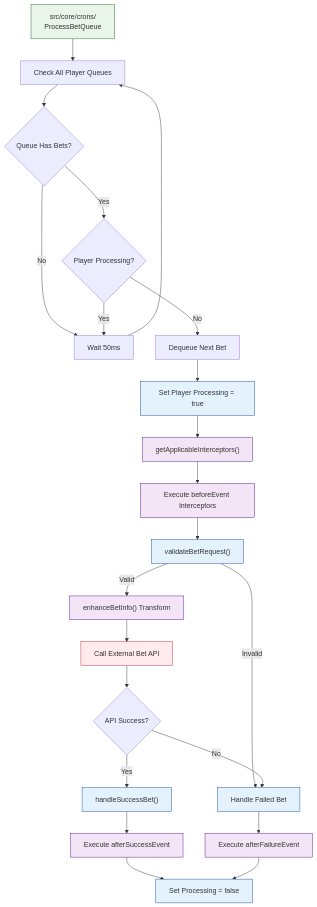
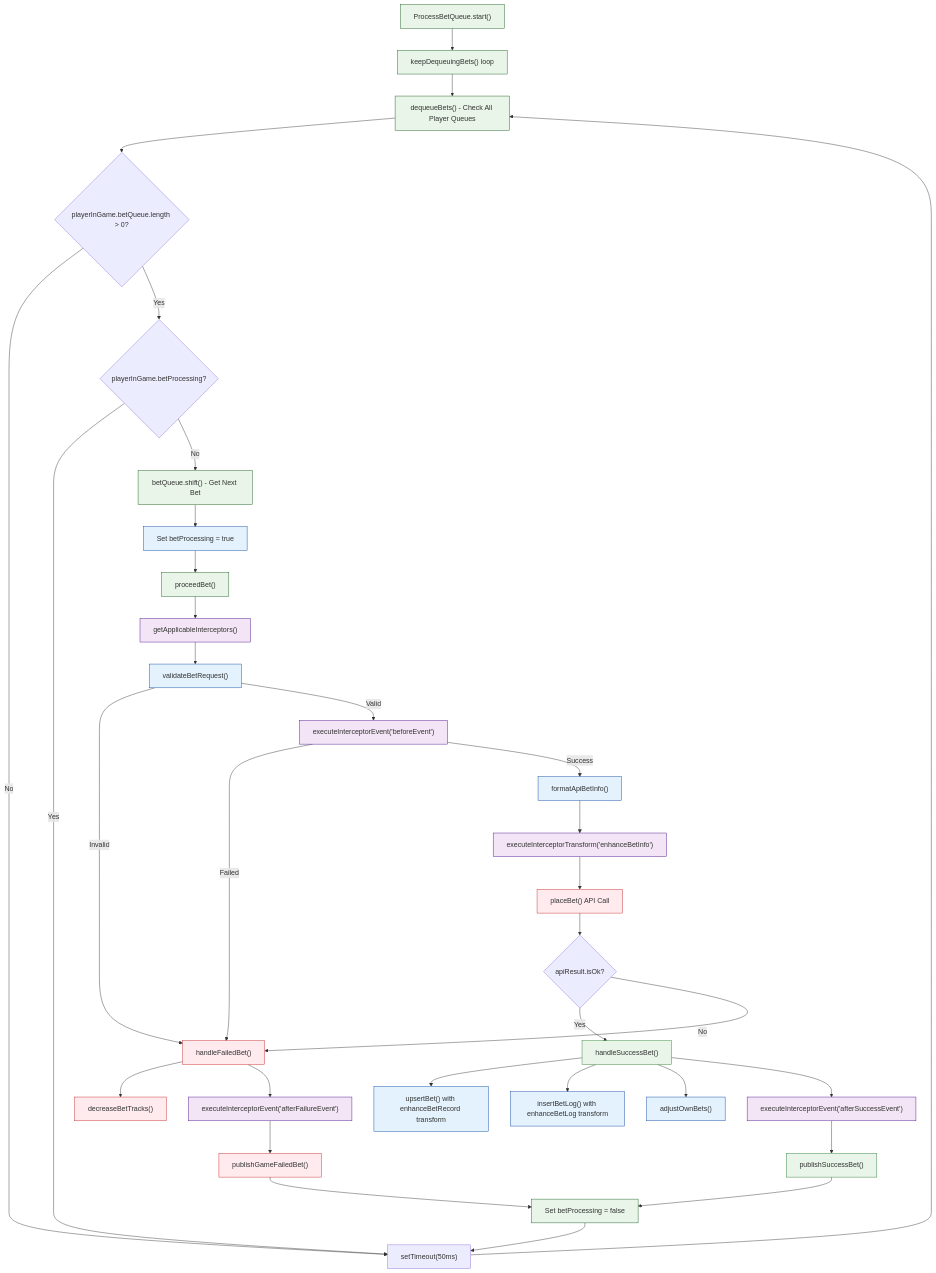
One commit to starixvn/l1_sc-packages_sc-game-base changed the fifth of 7 diagrams in diagrams/place-bet-flow-diagram.md. Above: the diagram before and after it, drawn with Mermaid. The commit also changed other lines of this file and 2 other files, not shown here.

````diff
--- a/diagrams/place-bet-flow-diagram.md
+++ b/diagrams/place-bet-flow-diagram.md
@@ -172,39 +218,57 @@
 ```mermaid
 flowchart TD
-    QueueProcessor["src/core/crons/<br/>ProcessBetQueue"] --> CheckQueues["Check All Player Queues"]
-    CheckQueues --> HasBets{"Queue Has Bets?"}
-    HasBets -->|"No"| WaitLoop["Wait 50ms"]
+    QueueProcessor["ProcessBetQueue.start()"] --> StartLoop["keepDequeuingBets() loop"]
+    StartLoop --> CheckQueues["dequeueBets() - Check All Player Queues"]
+    CheckQueues --> HasBets{"playerInGame.betQueue.length > 0?"}
+    HasBets -->|"No"| WaitLoop["setTimeout(50ms)"]
     WaitLoop --> CheckQueues
 
-    HasBets -->|"Yes"| CheckProcessing{"Player Processing?"}
+    HasBets -->|"Yes"| CheckProcessing{"playerInGame.betProcessing?"}
     CheckProcessing -->|"Yes"| WaitLoop
-    CheckProcessing -->|"No"| DequeueBet["Dequeue Next Bet"]
+    CheckProcessing -->|"No"| DequeueBet["betQueue.shift() - Get Next Bet"]
 
-    DequeueBet --> SetProcessing["Set Player Processing = true"]
-    SetProcessing --> GetInterceptors["getApplicableInterceptors()"]
-    GetInterceptors --> BeforeEvent["Execute beforeEvent Interceptors"]
-    BeforeEvent --> ValidateBet["validateBetRequest()"]
+    DequeueBet --> SetProcessing["Set betProcessing = true"]
+    SetProcessing --> ProceedBet["proceedBet()"]
+    ProceedBet --> GetInterceptors["getApplicableInterceptors()"]
+    GetInterceptors --> ValidateBet["validateBetRequest()"]
 
-    ValidateBet -->|"Invalid"| FailureFlow["Handle Failed Bet"]
-    ValidateBet -->|"Valid"| EnhanceBetInfo["enhanceBetInfo() Transform"]
-    EnhanceBetInfo --> APICall["Call External Bet API"]
+    ValidateBet -->|"Invalid"| FailureFlow["handleFailedBet()"]
+    ValidateBet -->|"Valid"| ExecuteBeforeEvent["executeInterceptorEvent('beforeEvent')"]
+    ExecuteBeforeEvent -->|"Failed"| FailureFlow
+    ExecuteBeforeEvent -->|"Success"| FormatBetInfo["formatApiBetInfo()"]
 
-    APICall --> APIResponse{"API Success?"}
+    FormatBetInfo --> EnhanceBetInfo["executeInterceptorTransform('enhanceBetInfo')"]
+    EnhanceBetInfo --> APICall["placeBet() API Call"]
+
+    APICall --> APIResponse{"apiResult.isOk?"}
     APIResponse -->|"Yes"| SuccessFlow["handleSuccessBet()"]
     APIResponse -->|"No"| FailureFlow
 
-    SuccessFlow --> AfterSuccess["Execute afterSuccessEvent"]
-    FailureFlow --> AfterFailure["Execute afterFailureEvent"]
-    AfterSuccess --> ProcessComplete["Set Processing = false"]
-    AfterFailure --> ProcessComplete
+    SuccessFlow --> UpsertBet["upsertBet() with enhanceBetRecord transform"]
+    SuccessFlow --> InsertBetLog["insertBetLog() with enhanceBetLog transform"]
+    SuccessFlow --> AdjustOwnBets["adjustOwnBets()"]
+    SuccessFlow --> AfterSuccess["executeInterceptorEvent('afterSuccessEvent')"]
+    AfterSuccess --> PublishSuccess["publishSuccessBet()"]
+
+    FailureFlow --> DecreaseTracks["decreaseBetTracks()"]
+    FailureFlow --> AfterFailure["executeInterceptorEvent('afterFailureEvent')"]
+    AfterFailure --> PublishFailure["publishGameFailedBet()"]
+
+    PublishSuccess --> ProcessComplete["Set betProcessing = false"]
+    PublishFailure --> ProcessComplete
+    ProcessComplete --> WaitLoop
 
     classDef cronStyle fill:#e8f5e8,stroke:#1b5e20
     classDef interceptorStyle fill:#f3e5f5,stroke:#4a148c
     classDef processStyle fill:#e3f2fd,stroke:#0d47a1
     classDef apiStyle fill:#ffebee,stroke:#c62828
+    classDef successStyle fill:#e8f5e8,stroke:#2e7d32
+    classDef errorStyle fill:#ffebee,stroke:#c62828
 
-    class QueueProcessor cronStyle
-    class GetInterceptors,BeforeEvent,EnhanceBetInfo,AfterSuccess,AfterFailure interceptorStyle
-    class SetProcessing,ValidateBet,SuccessFlow,FailureFlow,ProcessComplete processStyle
+    class QueueProcessor,StartLoop,CheckQueues,DequeueBet,ProceedBet,ProcessComplete cronStyle
+    class GetInterceptors,ExecuteBeforeEvent,EnhanceBetInfo,AfterSuccess,AfterFailure interceptorStyle
+    class SetProcessing,ValidateBet,FormatBetInfo,UpsertBet,InsertBetLog,AdjustOwnBets processStyle
     class APICall apiStyle
+    class SuccessFlow,PublishSuccess successStyle
+    class FailureFlow,DecreaseTracks,PublishFailure errorStyle
 ```
````
